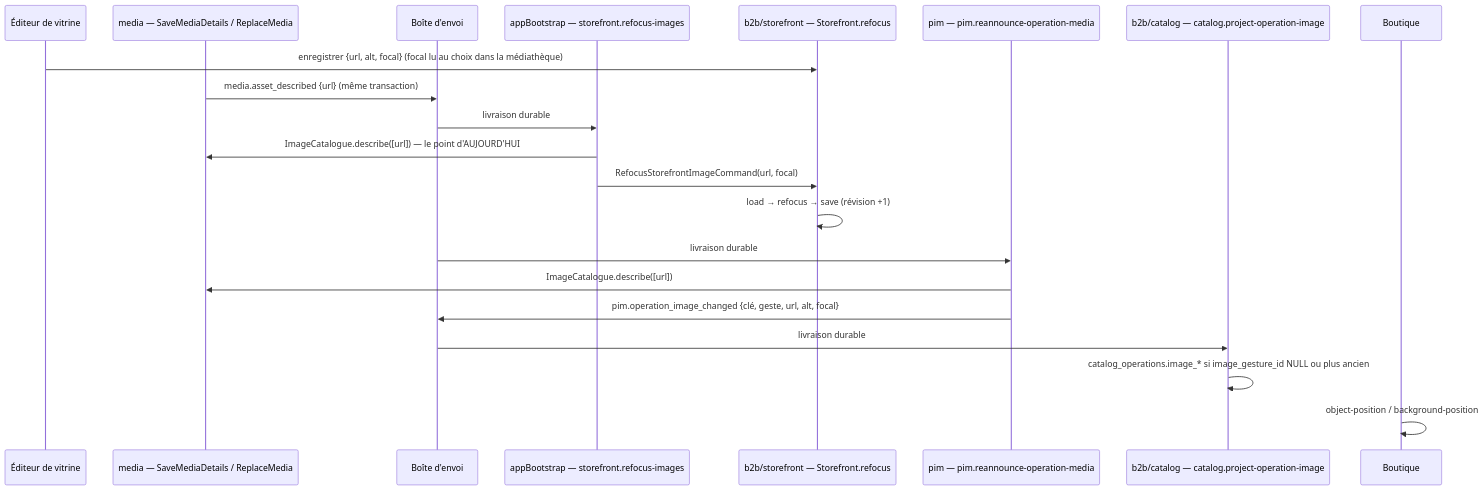
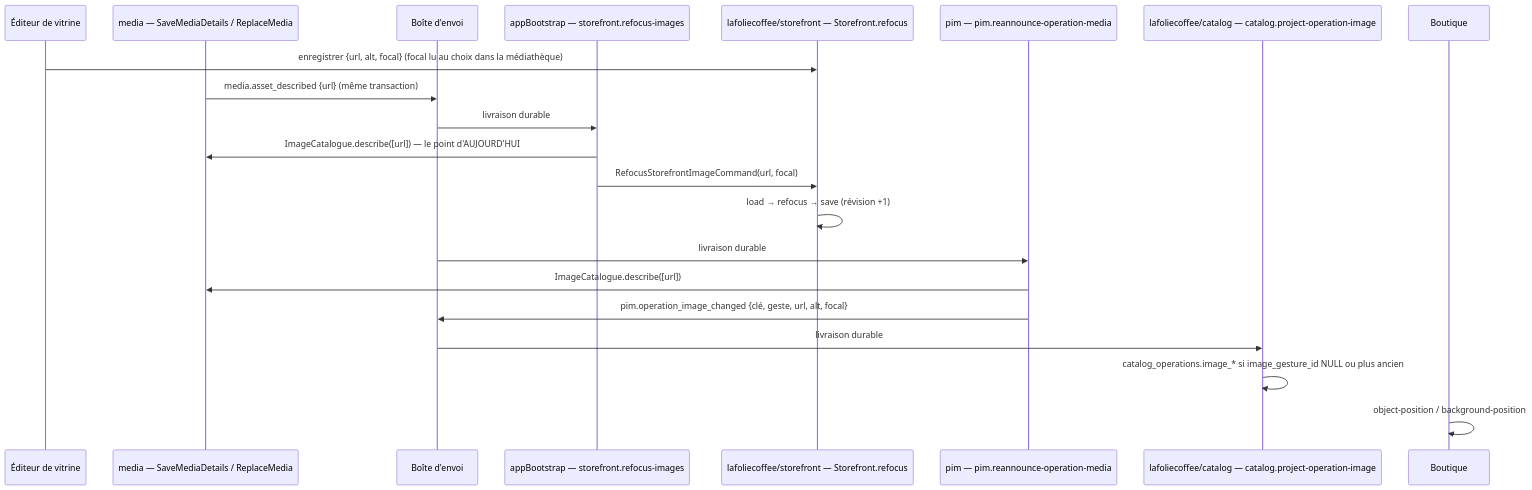
The third of 4 diagrams in documentation/mediatheque/mediatheque.md (hugoheynard/lfd), drawn with Mermaid before and after one commit. The commit also changed other lines of this file and 6369 other files, not shown here.

````diff
--- a/documentation/mediatheque/mediatheque.md
+++ b/documentation/mediatheque/mediatheque.md
@@ -452,24 +452,24 @@
 ```mermaid
 sequenceDiagram
     participant ED as Éditeur de vitrine
     participant MED as media — SaveMediaDetails / ReplaceMedia
     participant OB as Boîte d'envoi
     participant RB as appBootstrap — storefront.refocus-images
-    participant SF as b2b/storefront — Storefront.refocus
+    participant SF as lafoliecoffee/storefront — Storefront.refocus
     participant OP as pim — pim.reannounce-operation-media
-    participant CO as b2b/catalog — catalog.project-operation-image
+    participant CO as lafoliecoffee/catalog — catalog.project-operation-image
     participant SHOP as Boutique
 
     ED->>SF: enregistrer {url, alt, focal} (focal lu au choix dans la médiathèque)
     MED->>OB: media.asset_described {url} (même transaction)
     OB->>RB: livraison durable
     RB->>MED: ImageCatalogue.describe([url]) — le point d'AUJOURD'HUI
     RB->>SF: RefocusStorefrontImageCommand(url, focal)
     SF->>SF: load → refocus → save (révision +1)
     OB->>OP: livraison durable
     OP->>MED: ImageCatalogue.describe([url])
     OP->>OB: pim.operation_image_changed {clé, geste, url, alt, focal}
     OB->>CO: livraison durable
     CO->>CO: catalog_operations.image_* si image_gesture_id NULL ou plus ancien
     SHOP->>SHOP: object-position / background-position
 ```
````
